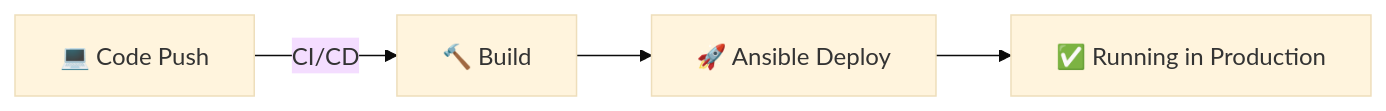
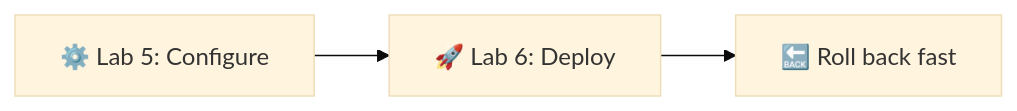
One commit to inno-devops-labs/DevOps-Core-Course changed the first of 7 diagrams in lectures/lec6.md. Above: the diagram before and after it, drawn with Mermaid (base theme). The commit also changed other lines of this file and 24 other files, not shown here.

````diff
--- a/lectures/lec6.md
+++ b/lectures/lec6.md
@@ -10,6 +10,5 @@
 ```mermaid
 flowchart LR
-  Code[💻 Code Push] -->|CI/CD| Build[🔨 Build]
-  Build --> Deploy[🚀 Ansible Deploy]
-  Deploy --> Running[✅ Running in Production]
+  Config[⚙️ Lab 5: Configure] --> Deploy[🚀 Lab 6: Deploy]
+  Deploy --> Rollback[🔙 Roll back fast]
 ```
````
